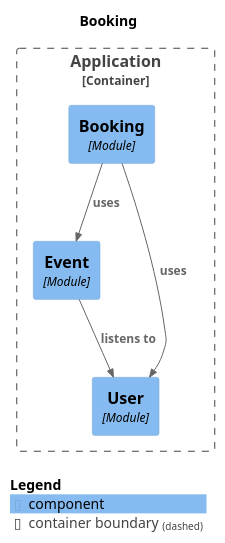
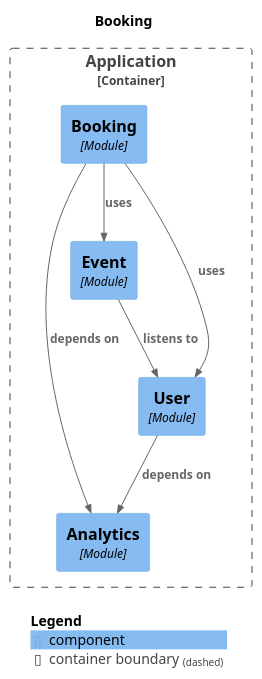
The diagram in documentation/module-booking.puml (Spring-Boot-Microservices-2024/project), drawn with PlantUML before and after one commit. The commit also changed 18 other files, not shown here.

```diff
--- a/documentation/module-booking.puml
+++ b/documentation/module-booking.puml
@@ -1,22 +1,25 @@
 @startuml
 set separator none
 title Booking
 
 top to bottom direction
 
 !include <C4/C4>
 !include <C4/C4_Context>
 !include <C4/C4_Component>
 
 Container_Boundary("Application.Application_boundary", "Application", $tags="") {
+  Component(Application.Application.Analytics, "Analytics", $techn="Module", $descr="", $tags="", $link="")
   Component(Application.Application.Booking, "Booking", $techn="Module", $descr="", $tags="", $link="")
   Component(Application.Application.Event, "Event", $techn="Module", $descr="", $tags="", $link="")
   Component(Application.Application.User, "User", $techn="Module", $descr="", $tags="", $link="")
 }
 
+Rel(Application.Application.Booking, Application.Application.Analytics, "depends on", $techn="", $tags="", $link="")
 Rel(Application.Application.Booking, Application.Application.Event, "uses", $techn="", $tags="", $link="")
 Rel(Application.Application.Booking, Application.Application.User, "uses", $techn="", $tags="", $link="")
+Rel(Application.Application.User, Application.Application.Analytics, "depends on", $techn="", $tags="", $link="")
 Rel(Application.Application.Event, Application.Application.User, "listens to", $techn="", $tags="", $link="")
 
 SHOW_LEGEND(true)
 @enduml
```
